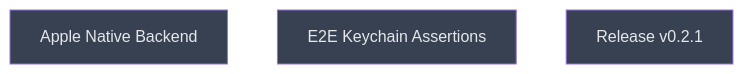
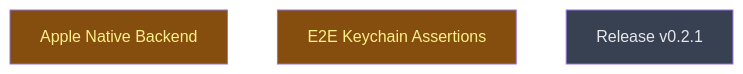
The diagram in __roadmap__/keychain-persistence/README.md (LittleCoinCoin/sift), drawn with Mermaid before and after one commit. The commit also changed other lines of this file, not shown here.

Commit message:
rdm(keychain-persistence): start L1 with both leaves in progress

````diff
--- a/__roadmap__/keychain-persistence/README.md
+++ b/__roadmap__/keychain-persistence/README.md
@@ -46,11 +46,11 @@
 ```mermaid
 graph TD
-    apple_native_backend[Apple Native Backend]:::planned
-    e2e_keychain_assertions[E2E Keychain Assertions]:::planned
+    apple_native_backend[Apple Native Backend]:::inprogress
+    e2e_keychain_assertions[E2E Keychain Assertions]:::inprogress
     next[Release v0.2.1]:::planned
     classDef done       fill:#166534,color:#bbf7d0
     classDef inprogress fill:#854d0e,color:#fef08a
     classDef planned    fill:#374151,color:#e5e7eb
     classDef amendment  fill:#1e3a5f,color:#bfdbfe
     classDef blocked    fill:#7f1d1d,color:#fecaca
 ```
````
